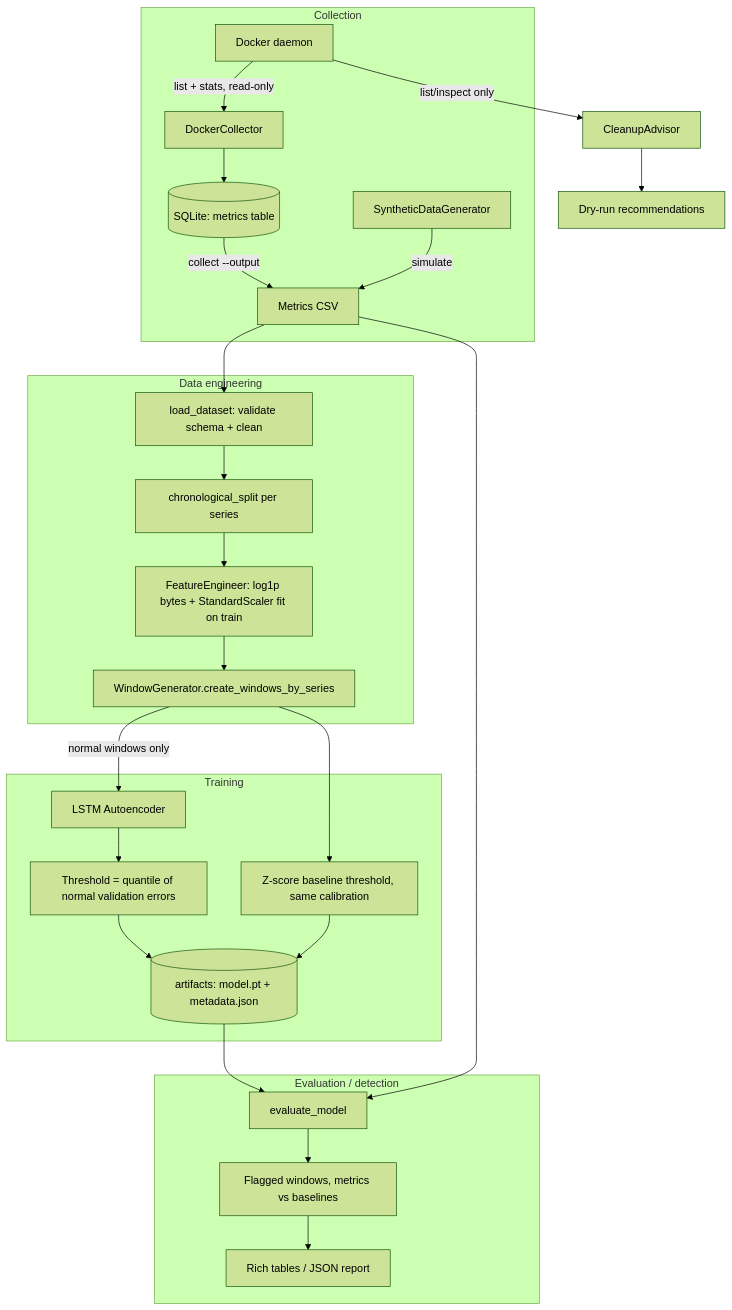
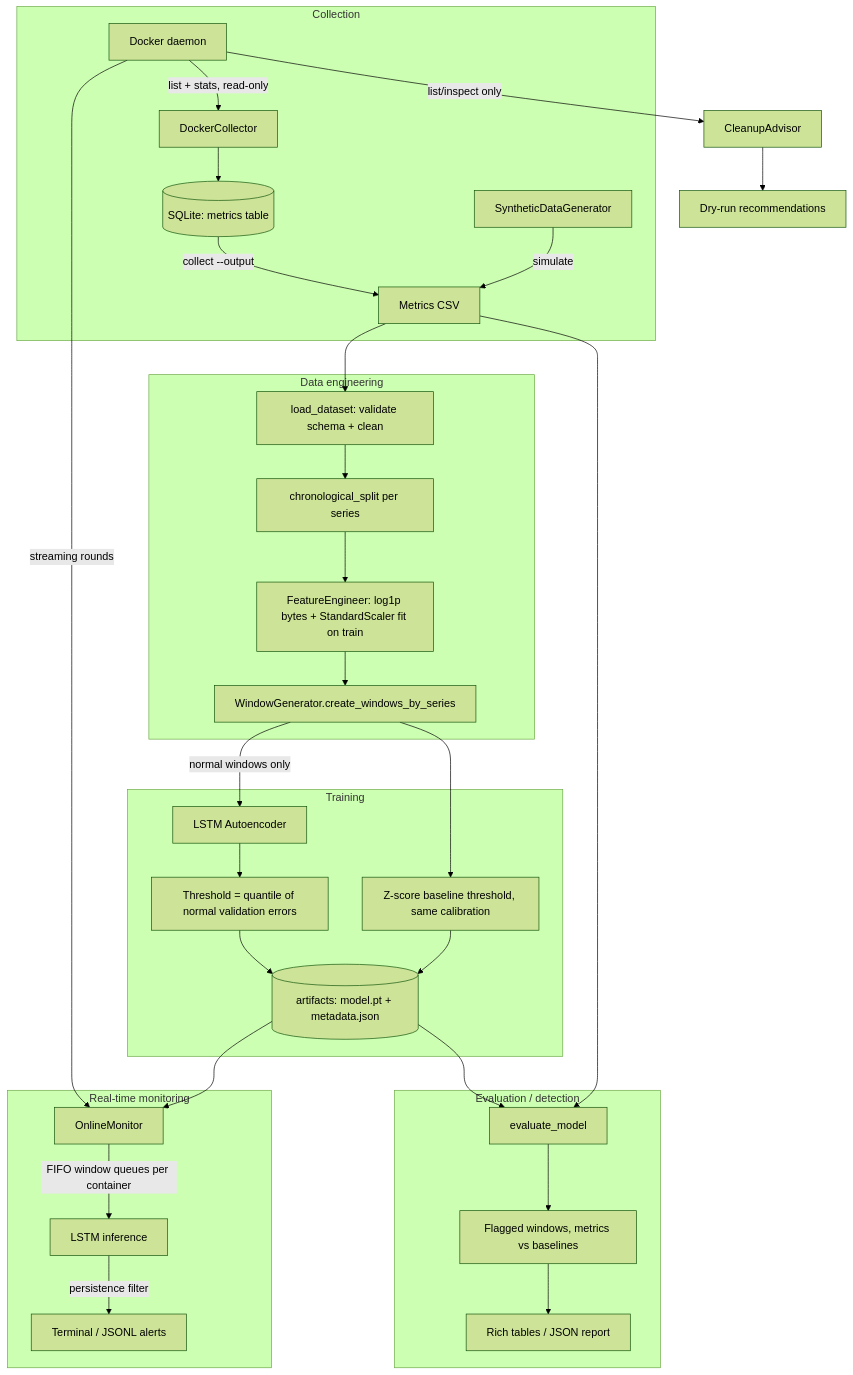
One commit to Ahmed1-Rebai/DevWaste changed the first of 3 diagrams in docs/architecture.md. Above: the diagram before and after it, drawn with Mermaid (forest theme). The commit also changed other lines of this file and 1 other file, not shown here.

Commit message:
Update documentation and architecture diagrams for real-time monitoring

````diff
--- a/docs/architecture.md
+++ b/docs/architecture.md
@@ -9,33 +9,40 @@
 ```mermaid
 flowchart TD
     subgraph Collection
         A[Docker daemon] -->|list + stats, read-only| B[DockerCollector]
         B --> DB[(SQLite: metrics table)]
         DB -->|collect --output| CSV[Metrics CSV]
         SIM[SyntheticDataGenerator] -->|simulate| CSV
     end
 
     subgraph Data["Data engineering"]
         CSV --> V[load_dataset: validate schema + clean]
         V --> SP[chronological_split per series]
         SP --> FE[FeatureEngineer: log1p bytes + StandardScaler fit on train]
         FE --> W[WindowGenerator.create_windows_by_series]
     end
 
     subgraph Train["Training"]
         W -->|normal windows only| M[LSTM Autoencoder]
         M --> T[Threshold = quantile of normal validation errors]
         W --> ZB[Z-score baseline threshold, same calibration]
         T --> ART[(artifacts: model.pt + metadata.json)]
         ZB --> ART
     end
 
     subgraph Score["Evaluation / detection"]
         ART --> SC[evaluate_model]
         CSV --> SC
         SC --> R[Flagged windows, metrics vs baselines]
         R --> OUT[Rich tables / JSON report]
     end
 
+    subgraph Monitor["Real-time monitoring"]
+        A -->|streaming rounds| MON[OnlineMonitor]
+        ART --> MON
+        MON -->|FIFO window queues per container| INF[LSTM inference]
+        INF -->|persistence filter| ALERTS[Terminal / JSONL alerts]
+    end
+
     A -->|list/inspect only| CA[CleanupAdvisor] --> REC[Dry-run recommendations]
 ```
````
